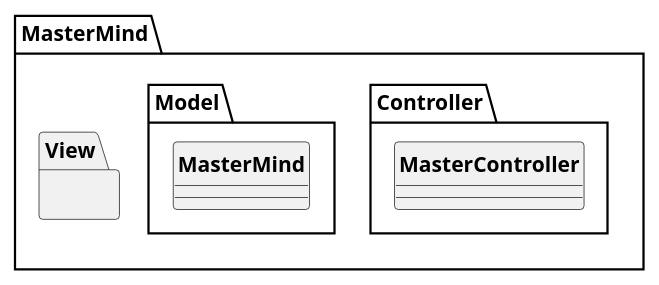
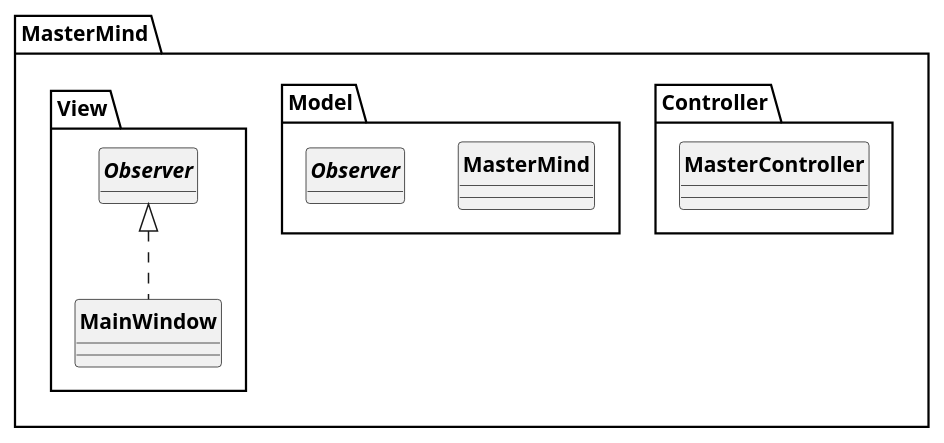
The diagram in MasterMind/src/UML/MasterMind.puml (dbrunstein/a31-mastermind-java), drawn with PlantUML before and after one commit. The commit also changed 1 other file, not shown here.

```diff
--- a/MasterMind/src/UML/MasterMind.puml
+++ b/MasterMind/src/UML/MasterMind.puml
@@ -1,28 +1,31 @@
 @startuml
 'https://plantuml.com/class-diagram
 skinparam style strictuml
 skinparam classAttributeIconSize 0
 skinparam classFontStyle Bold
 hide enum methods
 hide interface attributes
 
 package MasterMind{
 
     package Controller{
         class MasterController{
 
         }
     }
     package Model {
         class MasterMind{
 
         }
-
+        interface Observer{
+        }
     }
     package View {
+        class MainWindow Implements Observer{
 
+        }
     }
 }
 
 
 @enduml
```
